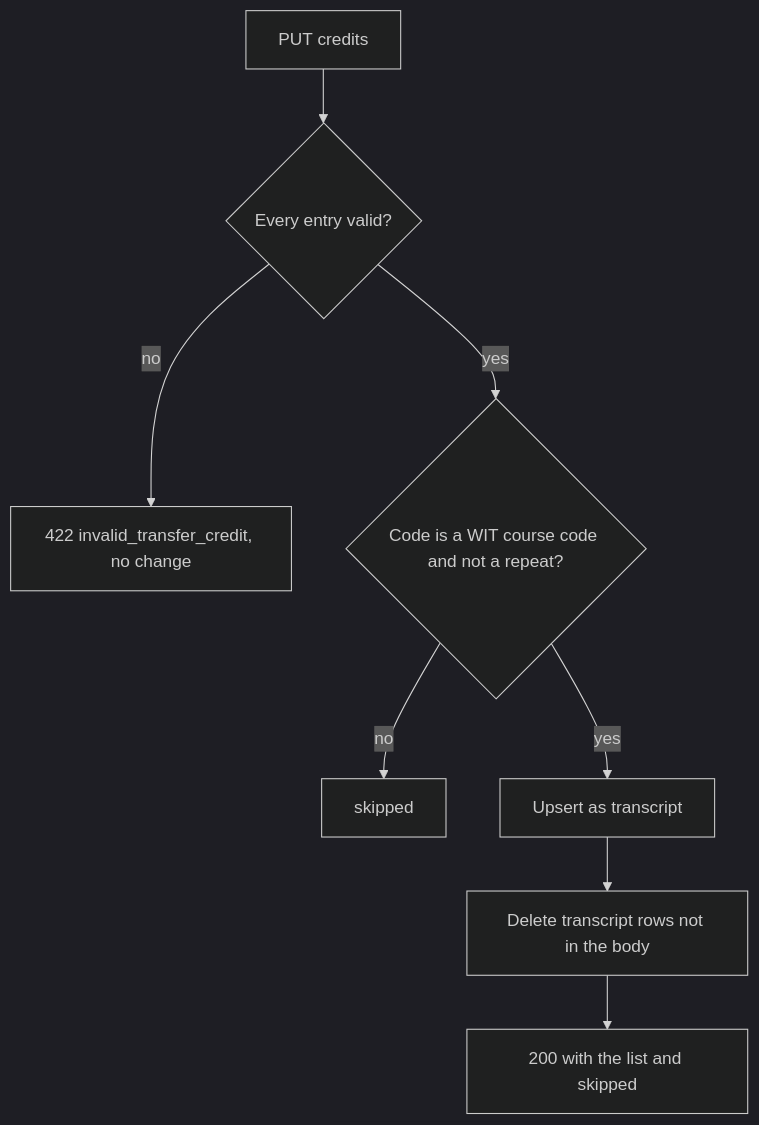
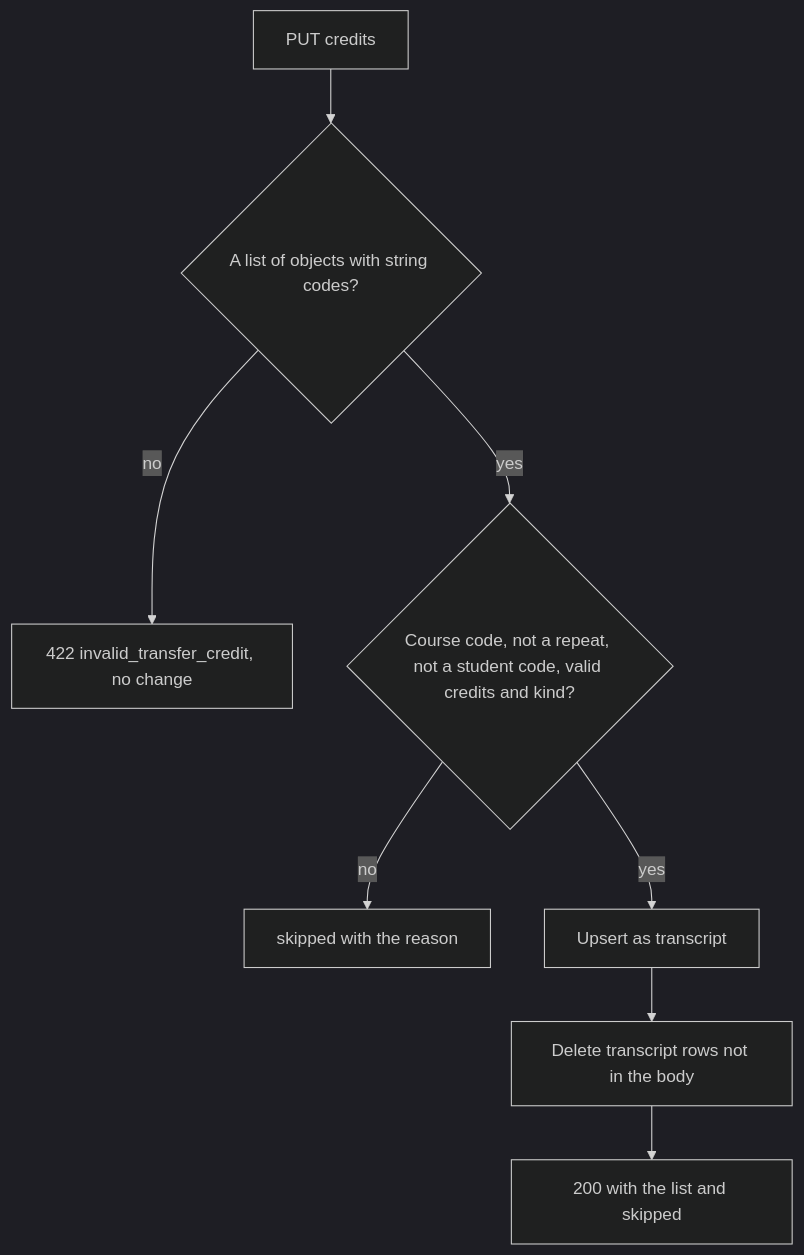
The eighth of 9 diagrams in docs/academic-profile.md (WITCodingClub/calendar-backend), drawn with Mermaid (dark theme) before and after one commit. The commit also changed other lines of this file and 4 other files, not shown here.

Commit message:
fix: skip bad transcript lines and keep student transfer credits

````diff
--- a/docs/academic-profile.md
+++ b/docs/academic-profile.md
@@ -261,10 +266,10 @@
 ```mermaid
 flowchart TD
-  P[PUT credits] --> V{Every entry valid?}
+  P[PUT credits] --> V{A list of objects with string codes?}
   V -- no --> E[422 invalid_transfer_credit, no change]
-  V -- yes --> K{Code is a WIT course code and not a repeat?}
-  K -- no --> S[skipped]
+  V -- yes --> K{Course code, not a repeat, not a student code, valid credits and kind?}
+  K -- no --> S[skipped with the reason]
   K -- yes --> U[Upsert as transcript]
   U --> D[Delete transcript rows not in the body]
   D --> R[200 with the list and skipped]
 ```
````
